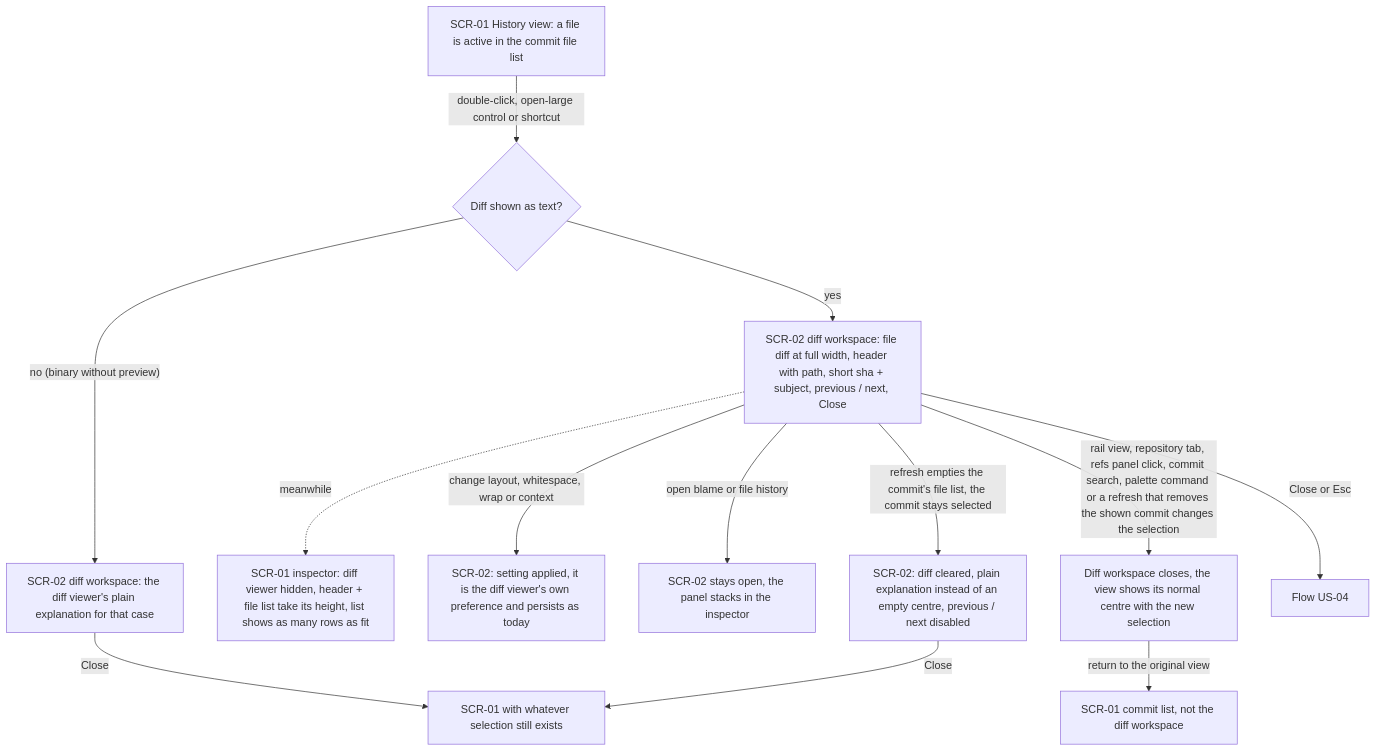
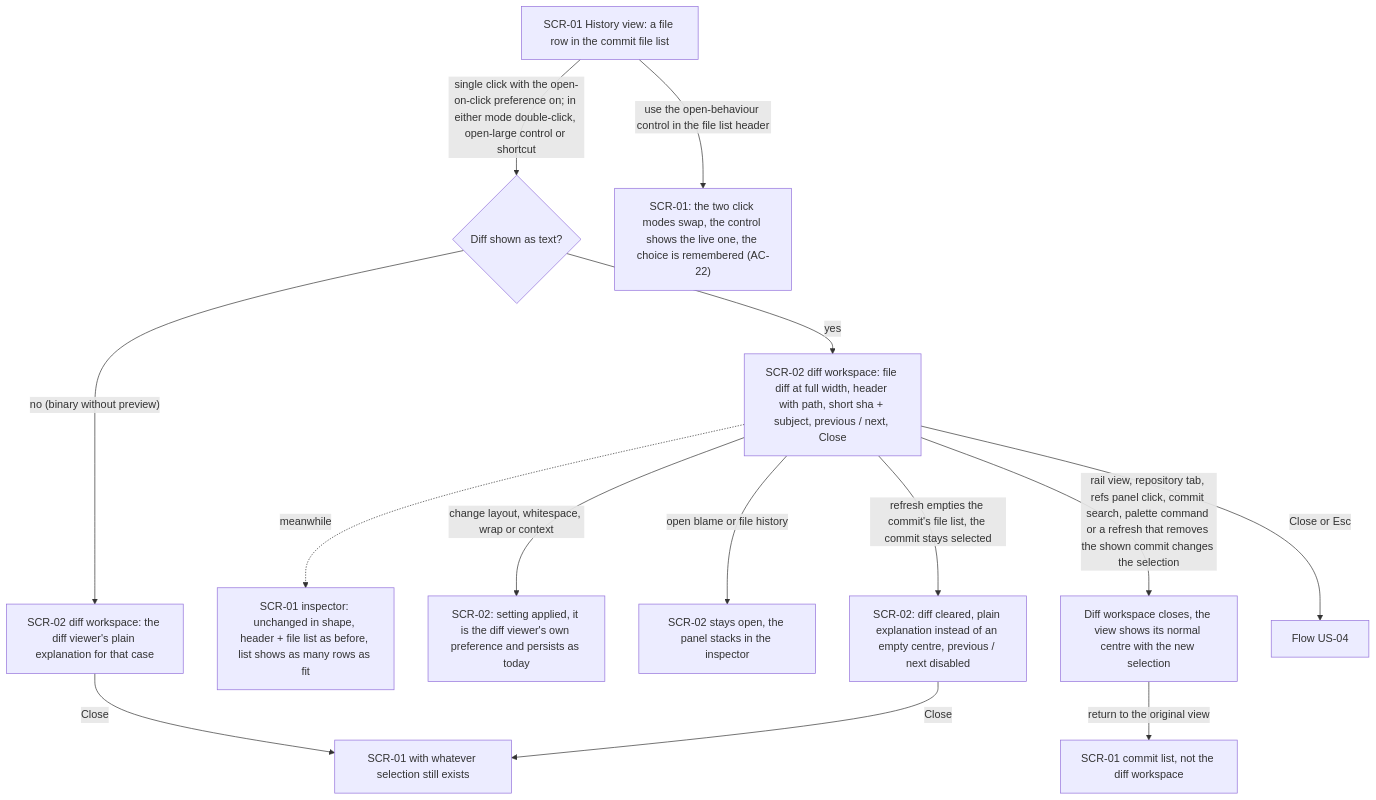
The third of 8 diagrams in docs/features/inspector-diff-workspace/ux-flows.md (jmoreno22/yoru-merge), drawn with Mermaid before and after one commit. The commit also changed other lines of this file and 69 other files, not shown here.

````diff
--- a/docs/features/inspector-diff-workspace/ux-flows.md
+++ b/docs/features/inspector-diff-workspace/ux-flows.md
@@ -86,15 +86,16 @@
 ```mermaid
 flowchart TD
-    A["SCR-01 History view: a file is active in the commit file list"] -->|"double-click, open-large control or shortcut"| B{"Diff shown as text?"}
+    A["SCR-01 History view: a file row in the commit file list"] -->|"single click with the open-on-click preference on; in either mode double-click, open-large control or shortcut"| B{"Diff shown as text?"}
     B -->|"yes"| C["SCR-02 diff workspace: file diff at full width, header with path, short sha + subject, previous / next, Close"]
     B -->|"no (binary without preview)"| D["SCR-02 diff workspace: the diff viewer's plain explanation for that case"]
-    C -.->|"meanwhile"| E["SCR-01 inspector: diff viewer hidden, header + file list take its height, list shows as many rows as fit"]
+    C -.->|"meanwhile"| E["SCR-01 inspector: unchanged in shape, header + file list as before, list shows as many rows as fit"]
+    A -->|"use the open-behaviour control in the file list header"| M["SCR-01: the two click modes swap, the control shows the live one, the choice is remembered (AC-22)"]
     C -->|"change layout, whitespace, wrap or context"| F["SCR-02: setting applied, it is the diff viewer's own preference and persists as today"]
     C -->|"open blame or file history"| G["SCR-02 stays open, the panel stacks in the inspector"]
     C -->|"refresh empties the commit's file list, the commit stays selected"| H["SCR-02: diff cleared, plain explanation instead of an empty centre, previous / next disabled"]
     H -->|"Close"| I["SCR-01 with whatever selection still exists"]
     D -->|"Close"| I
     C -->|"rail view, repository tab, refs panel click, commit search, palette command or a refresh that removes the shown commit changes the selection"| J["Diff workspace closes, the view shows its normal centre with the new selection"]
     J -->|"return to the original view"| K["SCR-01 commit list, not the diff workspace"]
     C -->|"Close or Esc"| L["Flow US-04"]
 ```
````
